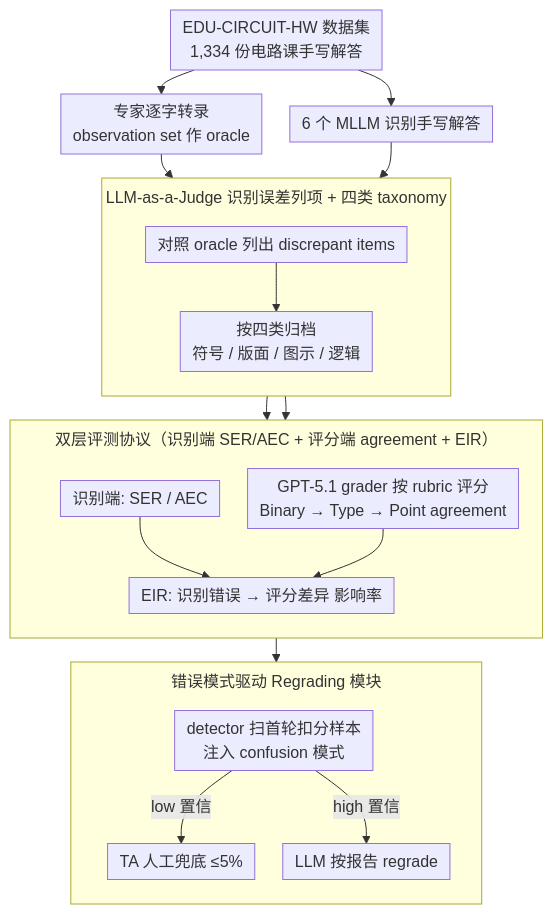
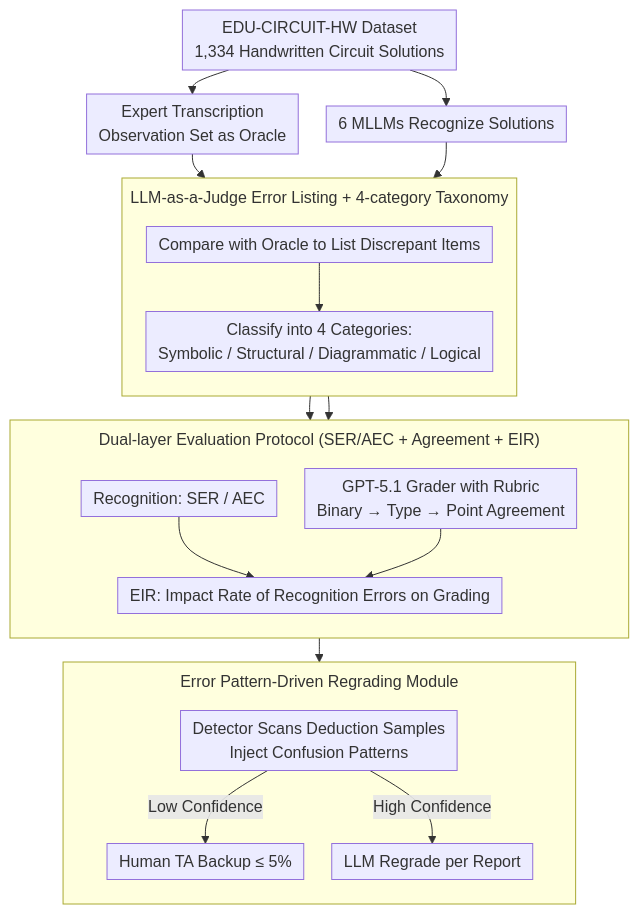
The diagram in docs/ACL2026/multimodal_vlm/edu-circuit-hw_evaluating_multimodal_large_language_models_on_real-world_univers.md (zhaoyang97/Paper-Notes-en), drawn with Mermaid before and after one commit. The commit also changed other lines of this file and 5084 other files, not shown here.

````diff
--- a/docs/ACL2026/multimodal_vlm/edu-circuit-hw_evaluating_multimodal_large_language_models_on_real-world_univers.md
+++ b/docs/ACL2026/multimodal_vlm/edu-circuit-hw_evaluating_multimodal_large_language_models_on_real-world_univers.md
@@ -44,29 +44,29 @@
 ```mermaid
 %%{init: {'flowchart': {'rankSpacing': 24, 'nodeSpacing': 28, 'padding': 6, 'wrappingWidth': 400, 'subGraphTitleMargin': {'top': 8, 'bottom': 16}}}}%%
 flowchart TD
-    A["EDU-CIRCUIT-HW 数据集<br/>1,334 份电路课手写解答"] --> C["6 个 MLLM 识别手写解答"]
-    A --> B["专家逐字转录<br/>observation set 作 oracle"]
-    subgraph JUDGE["LLM-as-a-Judge 识别误差列项 + 四类 taxonomy"]
+    A["EDU-CIRCUIT-HW Dataset<br/>1,334 Handwritten Circuit Solutions"] --> C["6 MLLMs Recognize Solutions"]
+    A --> B["Expert Transcription<br/>Observation Set as Oracle"]
+    subgraph JUDGE["LLM-as-a-Judge Error Listing + 4-category Taxonomy"]
         direction TB
-        D["对照 oracle 列出 discrepant items"] --> E["按四类归档<br/>符号 / 版面 / 图示 / 逻辑"]
+        D["Compare with Oracle to List Discrepant Items"] --> E["Classify into 4 Categories:<br/>Symbolic / Structural / Diagrammatic / Logical"]
     end
     B --> D
     C --> D
-    subgraph EVAL["双层评测协议（识别端 SER/AEC + 评分端 agreement + EIR）"]
+    subgraph EVAL["Dual-layer Evaluation Protocol (SER/AEC + Agreement + EIR)"]
         direction TB
-        F["识别端: SER / AEC"]
-        G["GPT-5.1 grader 按 rubric 评分<br/>Binary → Type → Point agreement"]
-        H["EIR: 识别错误 → 评分差异 影响率"]
+        F["Recognition: SER / AEC"]
+        G["GPT-5.1 Grader with Rubric<br/>Binary → Type → Point Agreement"]
+        H["EIR: Impact Rate of Recognition Errors on Grading"]
         F --> H
         G --> H
     end
     E --> F
     E --> G
-    subgraph REG["错误模式驱动 Regrading 模块"]
+    subgraph REG["Error Pattern-Driven Regrading Module"]
         direction TB
-        J["detector 扫首轮扣分样本<br/>注入 confusion 模式"]
-        J -->|low 置信| K["TA 人工兜底 ≤5%"]
-        J -->|high 置信| L["LLM 按报告 regrade"]
+        J["Detector Scans Deduction Samples<br/>Inject Confusion Patterns"]
+        J -->|Low Confidence| K["Human TA Backup ≤ 5%"]
+        J -->|High Confidence| L["LLM Regrade per Report"]
     end
     H --> J
 ```
````
